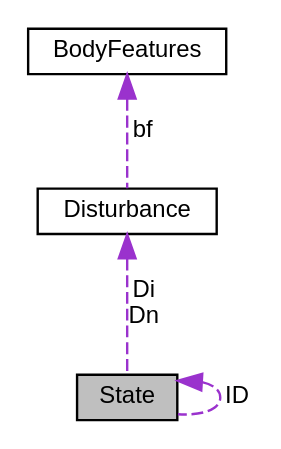
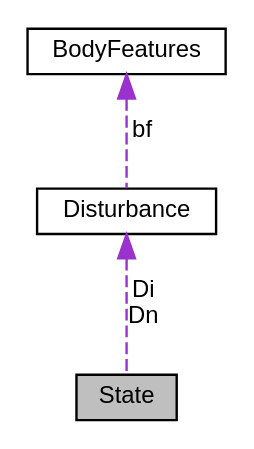
The diagram in structState__coll__graph.dot (YangZhang-001/bratmobile), drawn with Graphviz before and after one commit. The commit also changed 152 other files, not shown here.

```diff
--- a/structState__coll__graph.dot
+++ b/structState__coll__graph.dot
@@ -1,12 +1,11 @@
 digraph "State"
 {
  // LATEX_PDF_SIZE
   edge [fontname="Helvetica",fontsize="10",labelfontname="Helvetica",labelfontsize="10"];
   node [fontname="Helvetica",fontsize="10",shape=record];
-  Node1 [label="State",height=0.2,width=0.4,color="black", fillcolor="grey75", style="filled", fontcolor="black",tooltip=" "];
+  Node1 [label="State",height=0.2,width=0.4,color="black", fillcolor="grey75", style="filled", fontcolor="black",tooltip="Hybrid states in the transition system."];
   Node2 -> Node1 [dir="back",color="darkorchid3",fontsize="10",style="dashed",label=" Di\nDn" ,fontname="Helvetica"];
   Node2 [label="Disturbance",height=0.2,width=0.4,color="black", fillcolor="white", style="filled",URL="$structDisturbance.html",tooltip=" "];
   Node3 -> Node2 [dir="back",color="darkorchid3",fontsize="10",style="dashed",label=" bf" ,fontname="Helvetica"];
   Node3 [label="BodyFeatures",height=0.2,width=0.4,color="black", fillcolor="white", style="filled",URL="$classBodyFeatures.html",tooltip=" "];
-  Node1 -> Node1 [dir="back",color="darkorchid3",fontsize="10",style="dashed",label=" ID" ,fontname="Helvetica"];
 }
```
